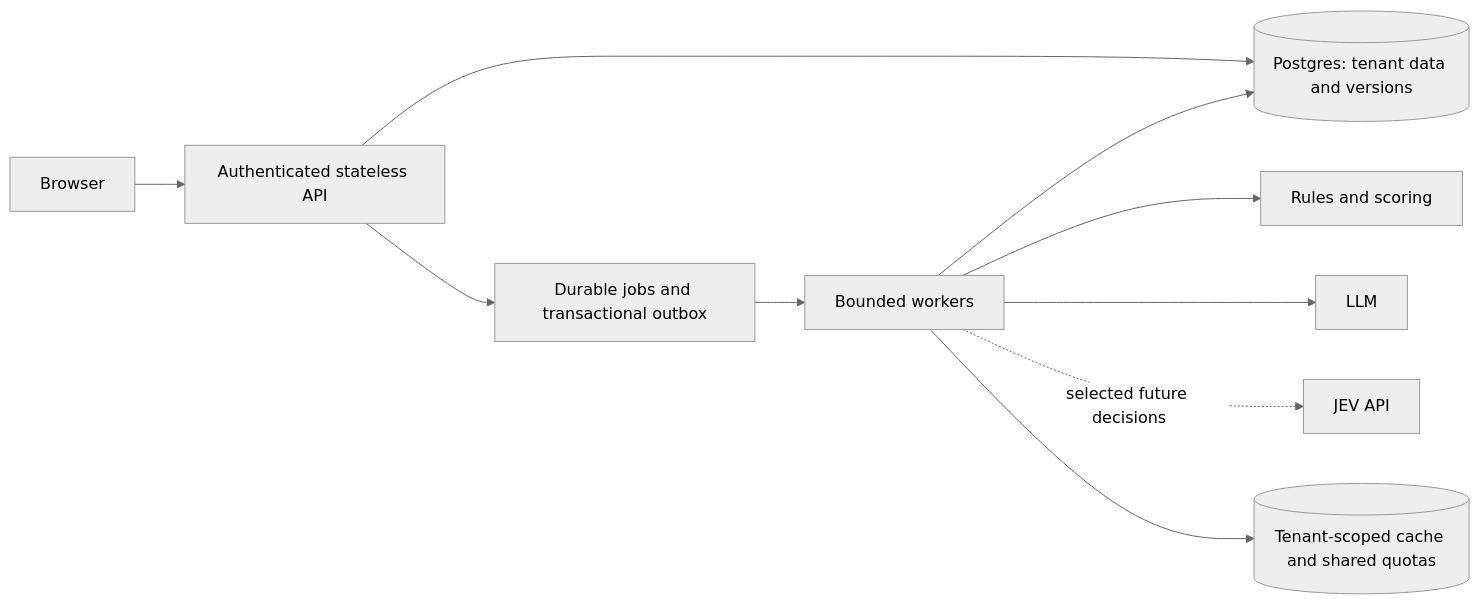
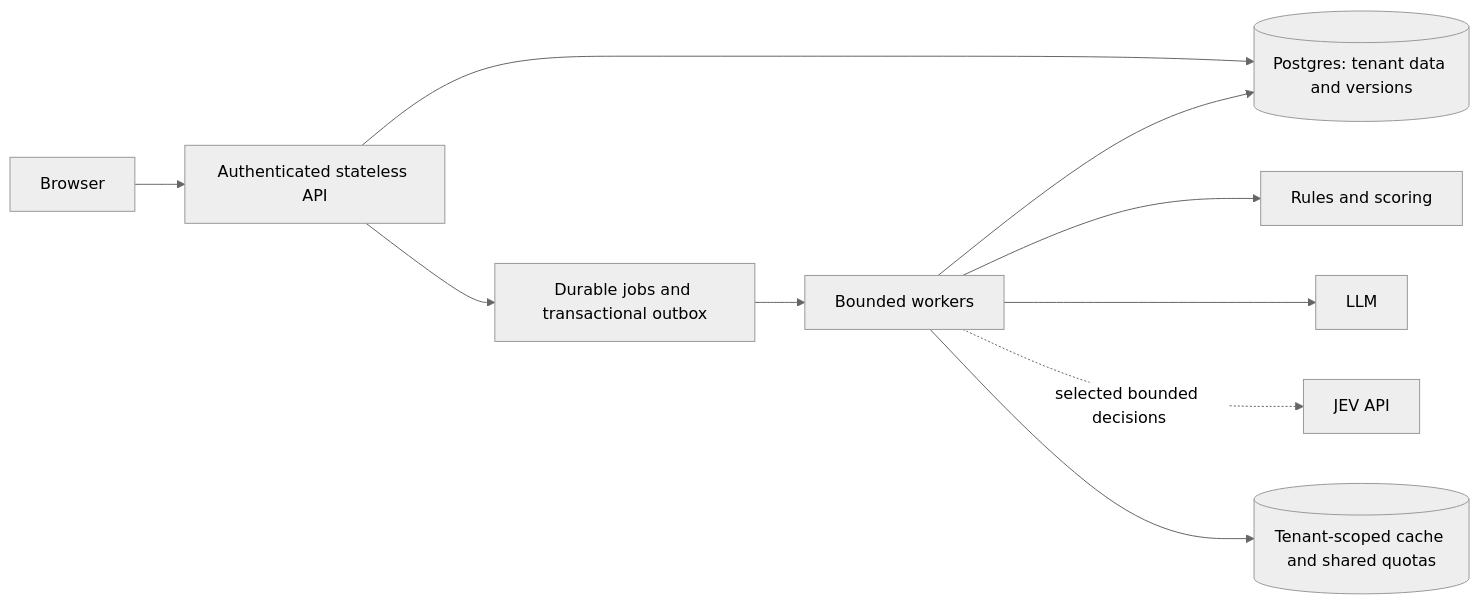
Before and after one commit to ranjithjunnu/Oppora_Decision_service: the diagram in docs/SYSTEM_DESIGN.md, drawn with Mermaid (neutral theme). The commit also changed other lines of this file and 3 other files, not shown here.

````diff
--- a/docs/SYSTEM_DESIGN.md
+++ b/docs/SYSTEM_DESIGN.md
@@ -28,12 +32,12 @@
 ```mermaid
 flowchart LR
     UI[Browser] --> API[Authenticated stateless API]
     API --> DB[(Postgres: tenant data and versions)]
     API --> Q[Durable jobs and transactional outbox]
     Q --> W[Bounded workers]
     W --> R[Rules and scoring]
     W --> L[LLM]
-    W -. selected future decisions .-> J[JEV API]
+    W -. selected bounded decisions .-> J[JEV API]
     W --> DB
     W --> C[(Tenant-scoped cache and shared quotas)]
 ```
````
